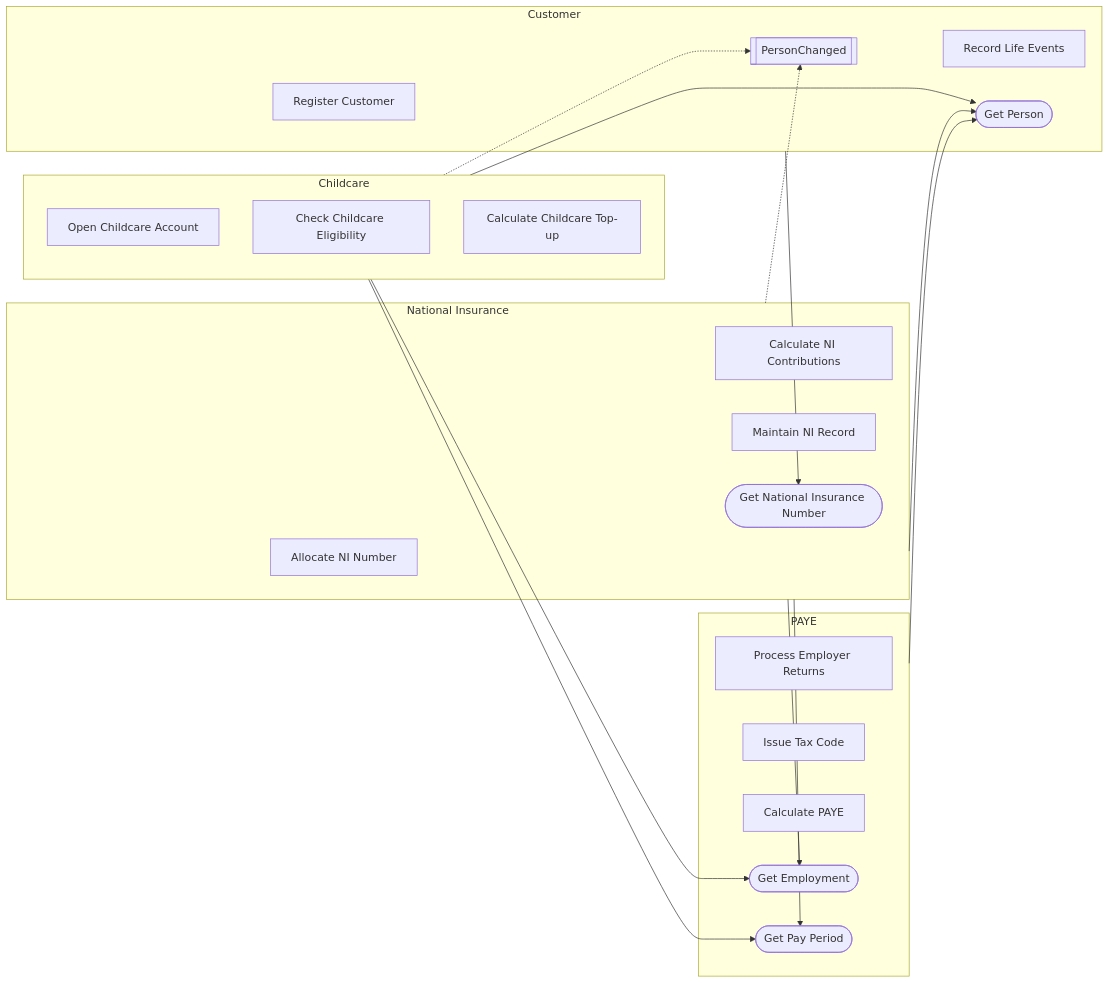
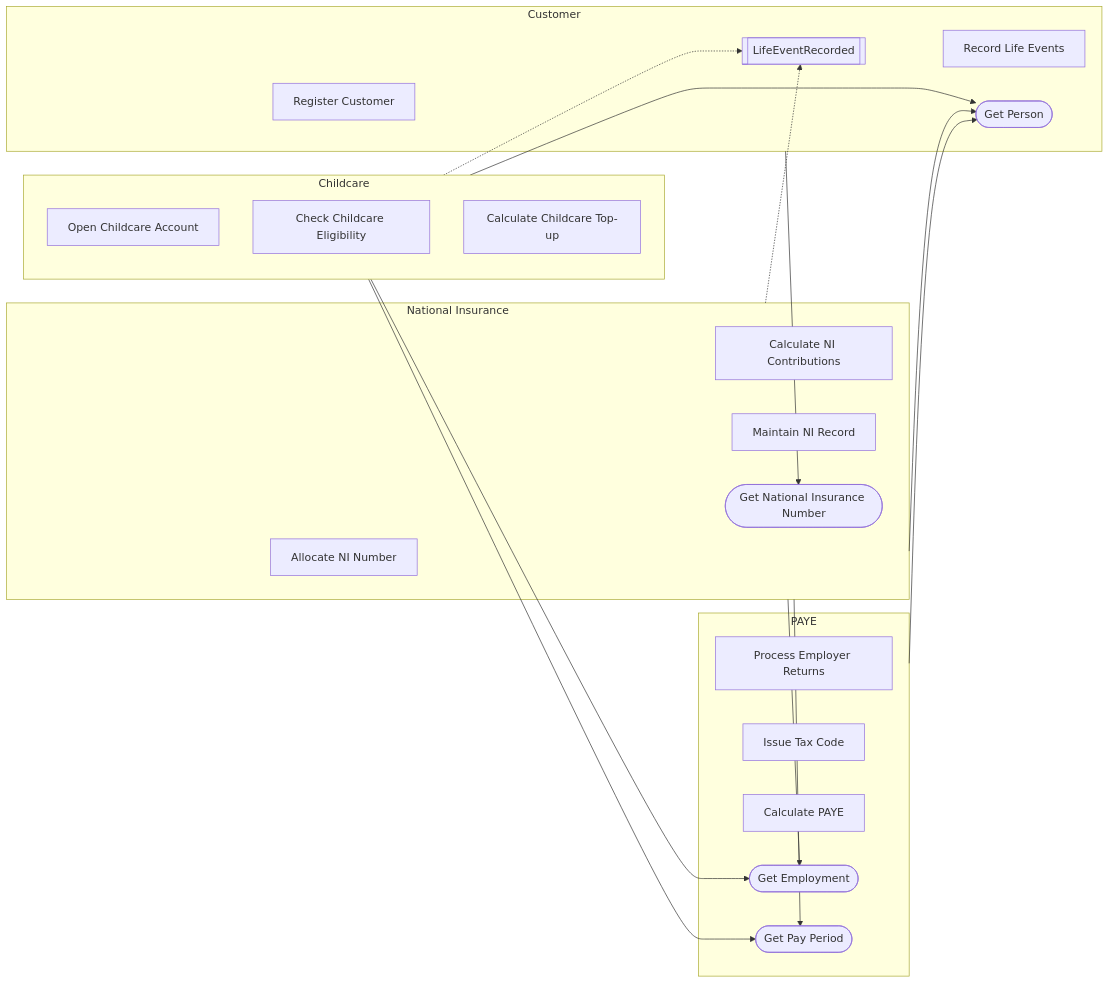
One commit to Voyce007/GitHub_Local changed the diagram in layers/3-ai-agent-backbone/ontology-discovery-kit/scenarios/northmere/outputs/loop-01/decomposition/decomposition-report.md. Above: the diagram before and after it, drawn with Mermaid. The commit also changed other lines of this file and 27 other files, not shown here.

````diff
--- a/layers/3-ai-agent-backbone/ontology-discovery-kit/scenarios/northmere/outputs/loop-01/decomposition/decomposition-report.md
+++ b/layers/3-ai-agent-backbone/ontology-discovery-kit/scenarios/northmere/outputs/loop-01/decomposition/decomposition-report.md
@@ -14,37 +14,37 @@
 ```mermaid
 flowchart LR
   subgraph customer["Customer"]
     customer_0["Register Customer"]
     customer_1["Record Life Events"]
     customer_2(["Get Person"])
-    customer_3[["PersonChanged"]]
+    customer_3[["LifeEventRecorded"]]
   end
   subgraph paye["PAYE"]
     paye_0["Process Employer Returns"]
     paye_1["Issue Tax Code"]
     paye_2["Calculate PAYE"]
     paye_3(["Get Employment"])
     paye_4(["Get Pay Period"])
   end
   subgraph ni["National Insurance"]
     ni_0["Allocate NI Number"]
     ni_1["Calculate NI Contributions"]
     ni_2["Maintain NI Record"]
     ni_3(["Get National Insurance Number"])
   end
   subgraph childcare["Childcare"]
     childcare_0["Open Childcare Account"]
     childcare_1["Check Childcare Eligibility"]
     childcare_2["Calculate Childcare Top-up"]
   end
   childcare --> customer_2
   ni --> customer_2
   paye --> customer_2
   ni -.-> customer_3
   childcare -.-> customer_3
   childcare --> paye_3
   ni --> paye_3
   childcare --> paye_4
   ni --> paye_4
   customer --> ni_3
 ```
````
